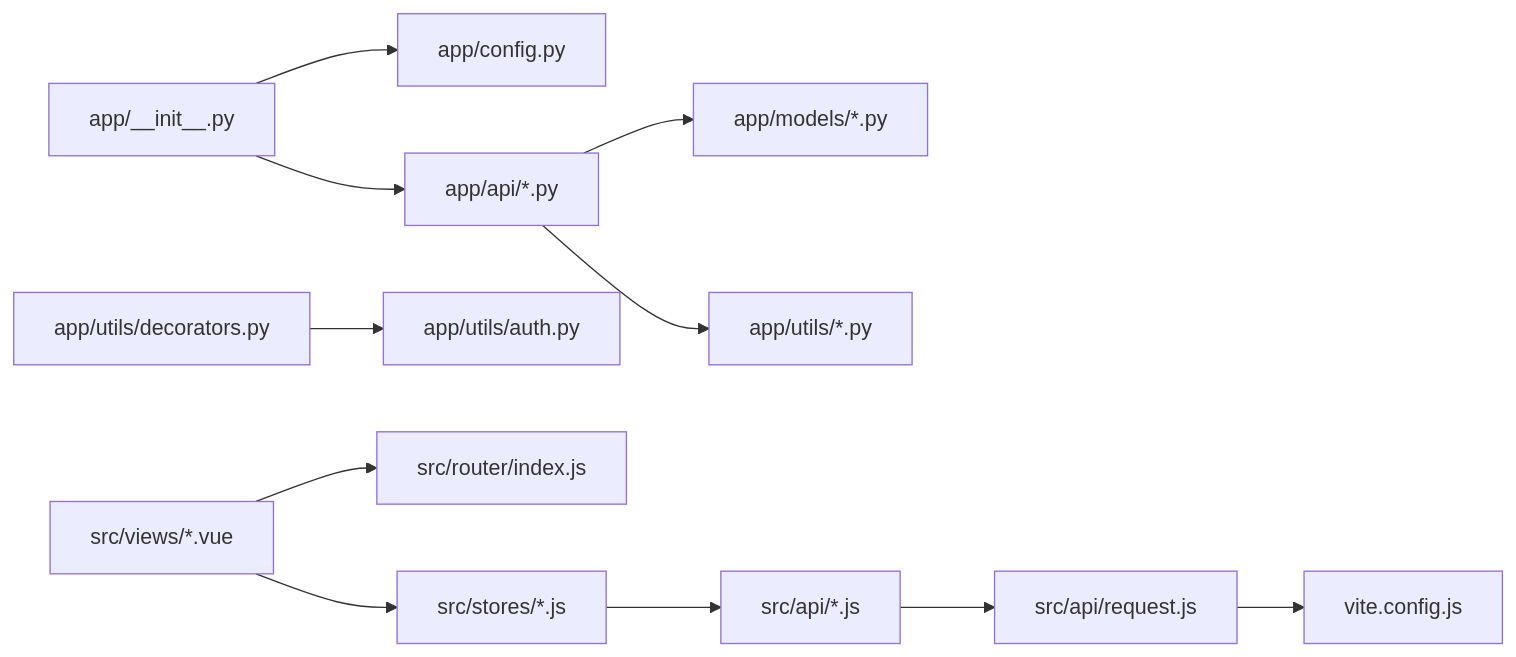
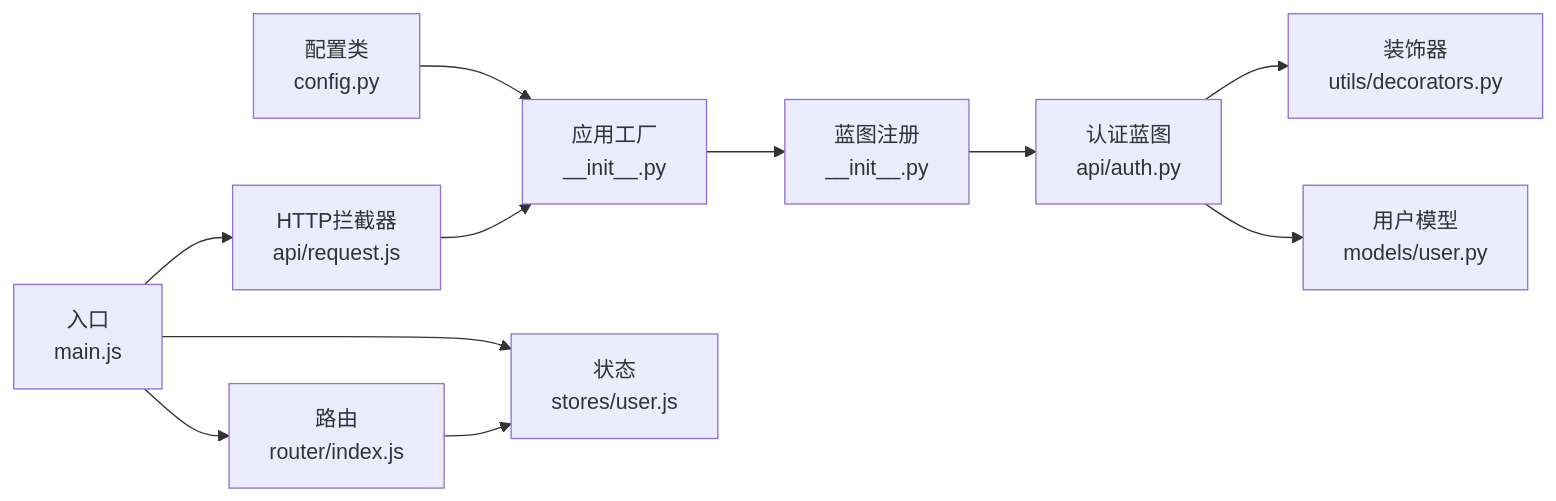
One commit to ismine3/OPS changed the fourth of 4 diagrams in .qoder/repowiki/zh/content/开发指南/代码规范.md. Above: the diagram before and after it, drawn with Mermaid. The commit also changed other lines of this file and 109 other files, not shown here.

````diff
--- a/.qoder/repowiki/zh/content/开发指南/代码规范.md
+++ b/.qoder/repowiki/zh/content/开发指南/代码规范.md
@@ -217,13 +242,13 @@
 ```mermaid
 graph LR
-Init["app/__init__.py"] --> Cfg["app/config.py"]
-Init --> BP["app/api/*.py"]
-BP --> Mod["app/models/*.py"]
-BP --> Util["app/utils/*.py"]
-Decor["app/utils/decorators.py"] --> AuthT["app/utils/auth.py"]
-View["src/views/*.vue"] --> Router["src/router/index.js"]
-View --> Store["src/stores/*.js"]
-Store --> Api["src/api/*.js"]
-Api --> Req["src/api/request.js"]
-Req --> Proxy["vite.config.js"]
+CFG["配置类<br/>config.py"] --> APP["应用工厂<br/>__init__.py"]
+APP --> REG["蓝图注册<br/>__init__.py"]
+REG --> AUTH["认证蓝图<br/>api/auth.py"]
+AUTH --> DEC["装饰器<br/>utils/decorators.py"]
+AUTH --> UMDL["用户模型<br/>models/user.py"]
+MAIN["入口<br/>main.js"] --> ROUTER["路由<br/>router/index.js"]
+MAIN --> STORE["状态<br/>stores/user.js"]
+MAIN --> API["HTTP拦截器<br/>api/request.js"]
+ROUTER --> STORE
+API --> APP
 ```
````
